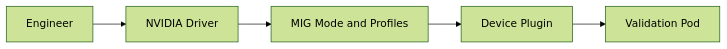
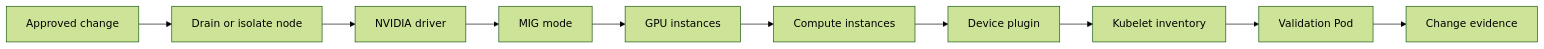
One commit to jithinpnjm/nvidia-devops changed the diagram in docs/nvidia-zero-to-hero/volume-11/labs/lab-01-configure-and-validate-mig.md. Above: the diagram before and after it, drawn with Mermaid (forest theme). The commit also changed other lines of this file and 3 other files, not shown here.

````diff
--- a/docs/nvidia-zero-to-hero/volume-11/labs/lab-01-configure-and-validate-mig.md
+++ b/docs/nvidia-zero-to-hero/volume-11/labs/lab-01-configure-and-validate-mig.md
@@ -24,10 +31,12 @@
 ```mermaid
 flowchart LR
-    Admin[Engineer]
-    Driver[NVIDIA Driver]
-    MIG[MIG Mode and Profiles]
-    Plugin[Device Plugin]
-    Pod[Validation Pod]
-
-    Admin --> Driver --> MIG --> Plugin --> Pod
+  Admin[Approved change] --> Drain[Drain or isolate node]
+  Drain --> Driver[NVIDIA driver]
+  Driver --> Mode[MIG mode]
+  Mode --> GI[GPU instances]
+  GI --> CI[Compute instances]
+  CI --> Plugin[Device plugin]
+  Plugin --> Kubelet[Kubelet inventory]
+  Kubelet --> Pod[Validation Pod]
+  Pod --> Evidence[Change evidence]
 ```
````
